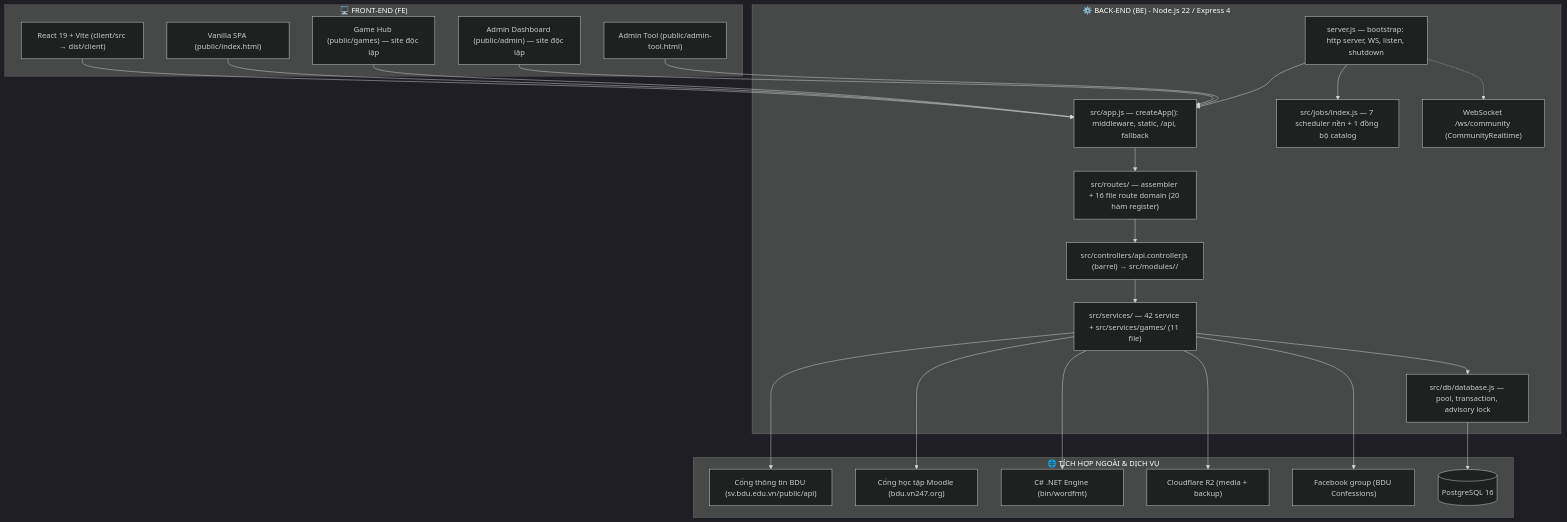
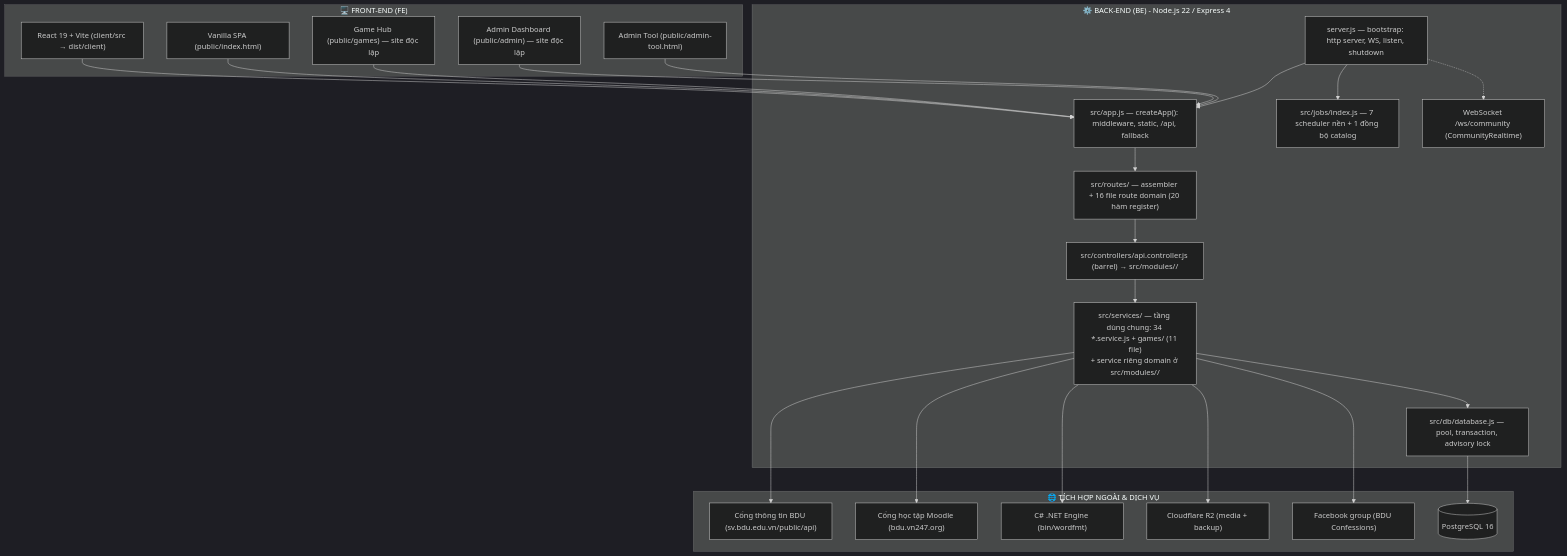
The diagram in READFORME.md (vdat293/bdu-tu-hoc), drawn with Mermaid (dark theme) before and after one commit. The commit also changed other lines of this file and 3 other files, not shown here.

````diff
--- a/READFORME.md
+++ b/READFORME.md
@@ -20,50 +20,50 @@
 ```mermaid
 flowchart TB
     subgraph CLIENT["🖥️ FRONT-END (FE)"]
         REACT["React 19 + Vite (client/src → dist/client)"]
         LEGACY["Vanilla SPA (public/index.html)"]
         GAMES["Game Hub (public/games) — site độc lập"]
         ADMIN["Admin Dashboard (public/admin) — site độc lập"]
         ADMINTOOL["Admin Tool (public/admin-tool.html)"]
     end
 
     subgraph SERVER["⚙️ BACK-END (BE) - Node.js 22 / Express 4"]
         BOOT["server.js — bootstrap: http server, WS, listen, shutdown"]
         APP["src/app.js — createApp(): middleware, static, /api, fallback"]
         JOBS["src/jobs/index.js — 7 scheduler nền + 1 đồng bộ catalog"]
         ROUTER["src/routes/ — assembler + 16 file route domain (20 hàm register)"]
         CTRL["src/controllers/api.controller.js (barrel) → src/modules/<domain>/"]
-        SVC["src/services/ — 42 service + src/services/games/ (11 file)"]
+        SVC["src/services/ — tầng dùng chung: 34 *.service.js + games/ (11 file)<br/>+ service riêng domain ở src/modules/<domain>/"]
         DB["src/db/database.js — pool, transaction, advisory lock"]
         WS["WebSocket /ws/community (CommunityRealtime)"]
     end
 
     subgraph INTEGRATIONS["🌐 TÍCH HỢP NGOÀI & DỊCH VỤ"]
         BDU["Cổng thông tin BDU (sv.bdu.edu.vn/public/api)"]
         MOODLE["Cổng học tập Moodle (bdu.vn247.org)"]
         WORDFMT["C# .NET Engine (bin/wordfmt)"]
         R2["Cloudflare R2 (media + backup)"]
         FB["Facebook group (BDU Confessions)"]
         PGSQL[(PostgreSQL 16)]
     end
 
     REACT --> APP
     LEGACY --> APP
     GAMES --> APP
     ADMIN --> APP
     ADMINTOOL --> APP
     APP --> ROUTER
     ROUTER --> CTRL
     CTRL --> SVC
     SVC --> DB
     DB --> PGSQL
     BOOT -.-> WS
     BOOT --> APP
     BOOT --> JOBS
 
     SVC --> BDU
     SVC --> MOODLE
     SVC --> WORDFMT
     SVC --> R2
     SVC --> FB
 ```
````
